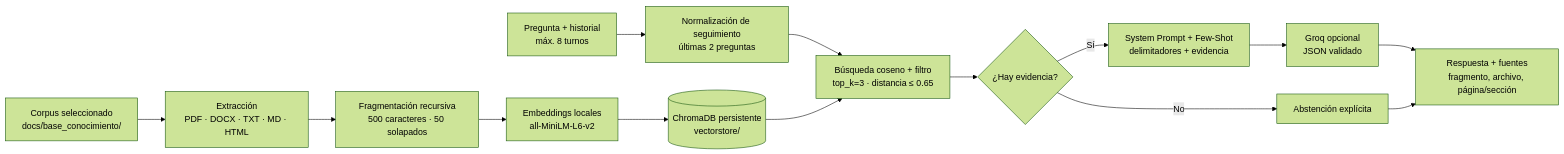
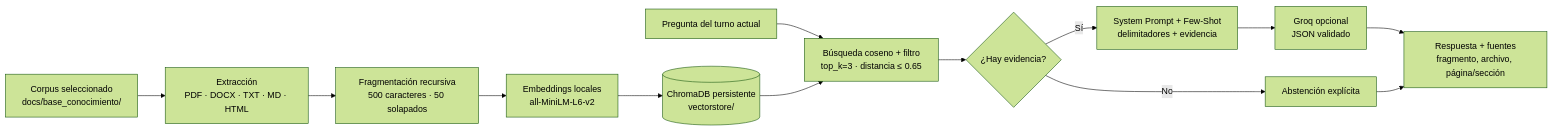
The diagram in README.md (Criss190/AsistenteCrianza), drawn with Mermaid (forest theme) before and after one commit. The commit also changed other lines of this file and 22 other files, not shown here.

````diff
--- a/README.md
+++ b/README.md
@@ -10,16 +10,15 @@
 ```mermaid
 flowchart LR
     A["Corpus seleccionado<br/>docs/base_conocimiento/"] --> B["Extracción<br/>PDF · DOCX · TXT · MD · HTML"]
     B --> C["Fragmentación recursiva<br/>500 caracteres · 50 solapados"]
     C --> D["Embeddings locales<br/>all-MiniLM-L6-v2"]
     D --> E[("ChromaDB persistente<br/>vectorstore/")]
-    F["Pregunta + historial<br/>máx. 8 turnos"] --> G["Normalización de seguimiento<br/>últimas 2 preguntas"]
-    G --> H["Búsqueda coseno + filtro<br/>top_k=3 · distancia ≤ 0.65"]
+    F["Pregunta del turno actual"] --> H["Búsqueda coseno + filtro<br/>top_k=3 · distancia ≤ 0.65"]
     E --> H
     H --> I{"¿Hay evidencia?"}
     I -- No --> J["Abstención explícita"]
     I -- Sí --> K["System Prompt + Few-Shot<br/>delimitadores + evidencia"]
     K --> L["Groq opcional<br/>JSON validado"]
     L --> M["Respuesta + fuentes<br/>fragmento, archivo, página/sección"]
     J --> M
 ```
````
